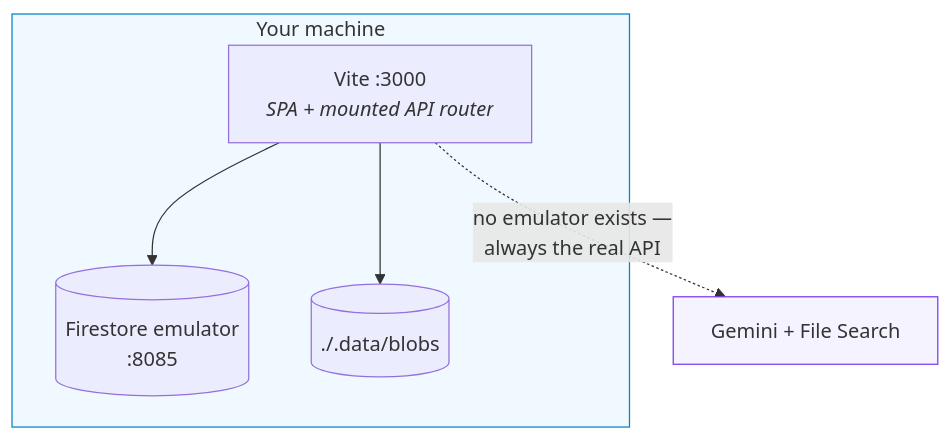
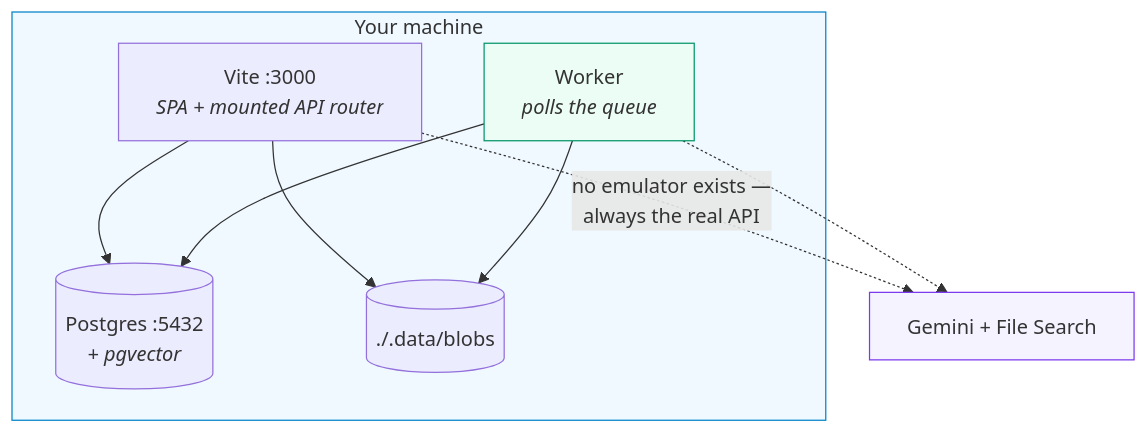
The first of 4 diagrams in docs/development/README.md (BuildGeekAI/scholar-mind), drawn with Mermaid before and after one commit. The commit also changed other lines of this file and 6 other files, not shown here.

````diff
--- a/docs/development/README.md
+++ b/docs/development/README.md
@@ -21,14 +26,19 @@
 ```mermaid
 flowchart TB
     subgraph LOCAL["Your machine"]
         V["Vite :3000<br/><i>SPA + mounted API router</i>"]
-        E[("Firestore emulator<br/>:8085")]
+        W["Worker<br/><i>polls the queue</i>"]
+        P[("Postgres :5432<br/><i>+ pgvector</i>")]
         F[("./.data/blobs")]
-        V --> E
+        V --> P
         V --> F
+        W --> P
+        W --> F
     end
     V -.->|"no emulator exists —<br/>always the real API"| G["Gemini + File Search"]
+    W -.-> G
 
     style LOCAL fill:#f0f9ff,stroke:#0284c7
+    style W fill:#ecfdf5,stroke:#059669
     style G fill:#f5f3ff,stroke:#7c3aed
 ```
````
